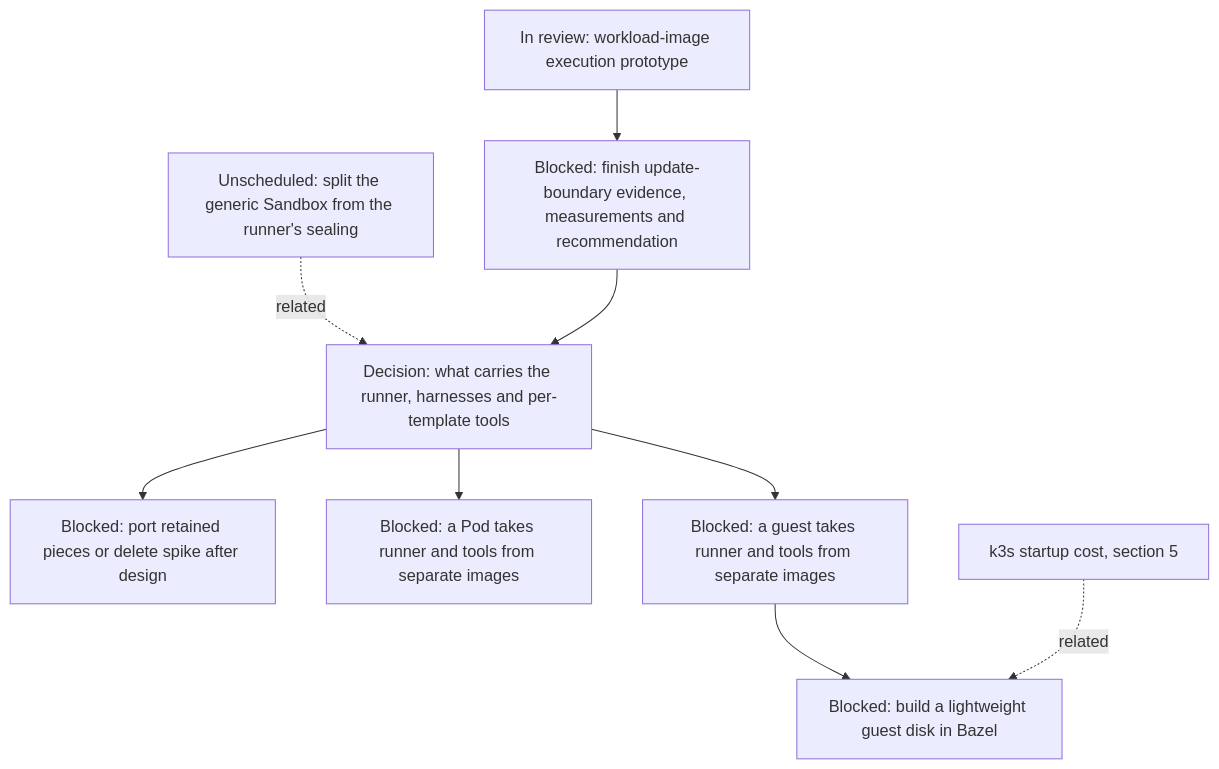
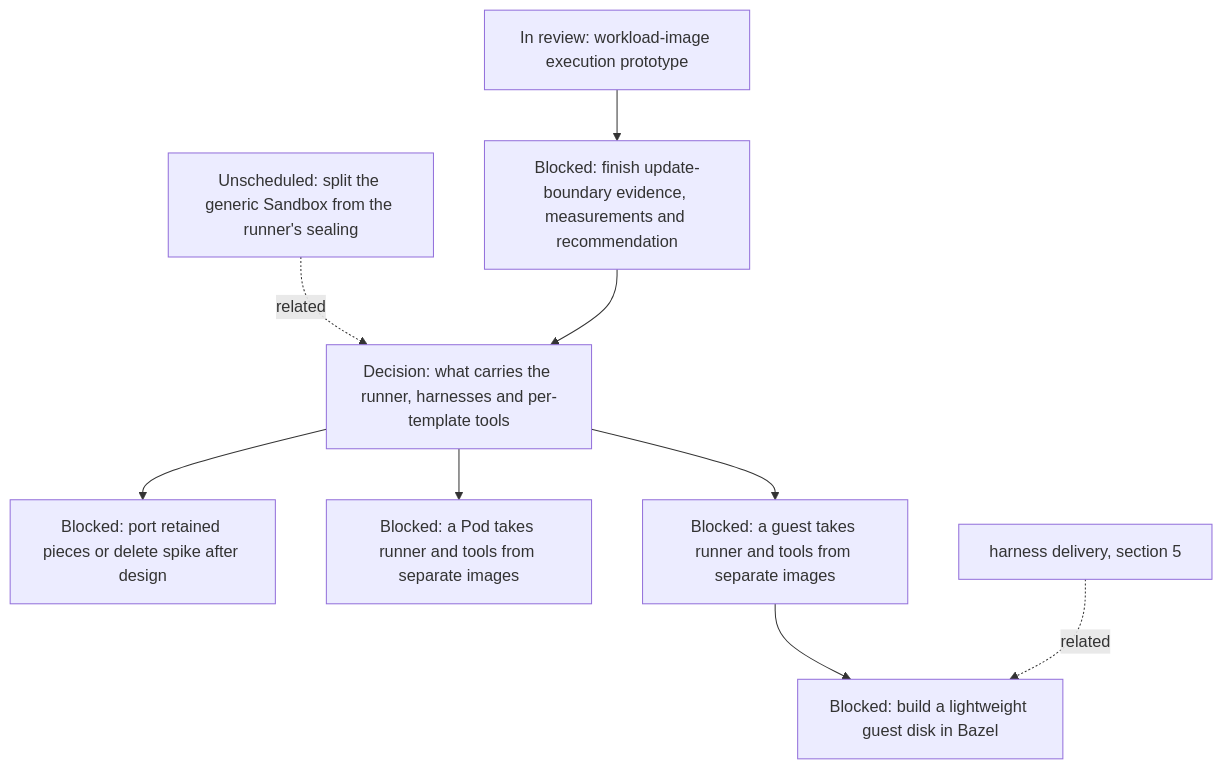
One commit to agentydragon/ducktape changed diagram 11 of 16 in agentplane/plans/task_dag.md. Above: the diagram before and after it, drawn with Mermaid. The commit also changed other lines of this file, not shown here.

Commit message:
docs(agentplane): split k3s startup ideas into independent nodes

````diff
--- a/agentplane/plans/task_dag.md
+++ b/agentplane/plans/task_dag.md
@@ -929,16 +945,16 @@
 ```mermaid
 flowchart TD
     SANDBOX_GENERIC_SPLIT[Unscheduled: split the generic Sandbox from the runner's sealing]
     RUNNER_IMAGE_LAYERING_DESIGN[Decision: what carries the runner, harnesses and per-template tools]
     RUNNER_LAYERING_SPIKE[In review: workload-image execution prototype]
     RUNNER_LAYERING_SPIKE_EXIT[Blocked: finish update-boundary evidence, measurements and recommendation]
     RUNNER_LAYERING_SPIKE_RETIRE[Blocked: port retained pieces or delete spike after design]
     SANDBOX_GENERIC_SPLIT -. related .-> RUNNER_IMAGE_LAYERING_DESIGN
     RUNNER_LAYERING_SPIKE --> RUNNER_LAYERING_SPIKE_EXIT
     RUNNER_LAYERING_SPIKE_EXIT --> RUNNER_IMAGE_LAYERING_DESIGN
     RUNNER_IMAGE_LAYERING_DESIGN --> RUNNER_LAYERING_SPIKE_RETIRE
     RUNNER_IMAGE_LAYERING_DESIGN --> RUNNER_LAYERING_POD[Blocked: a Pod takes runner and tools from separate images]
     RUNNER_IMAGE_LAYERING_DESIGN --> RUNNER_LAYERING_VM[Blocked: a guest takes runner and tools from separate images]
     RUNNER_LAYERING_VM --> K3S_VM_IMAGE[Blocked: build a lightweight guest disk in Bazel]
-    K3S_STARTUP_COST[k3s startup cost, section 5] -. related .-> K3S_VM_IMAGE
+    RUNNER_HARNESS_DELIVERY_DESIGN[harness delivery, section 5] -. related .-> K3S_VM_IMAGE
 ```
````
